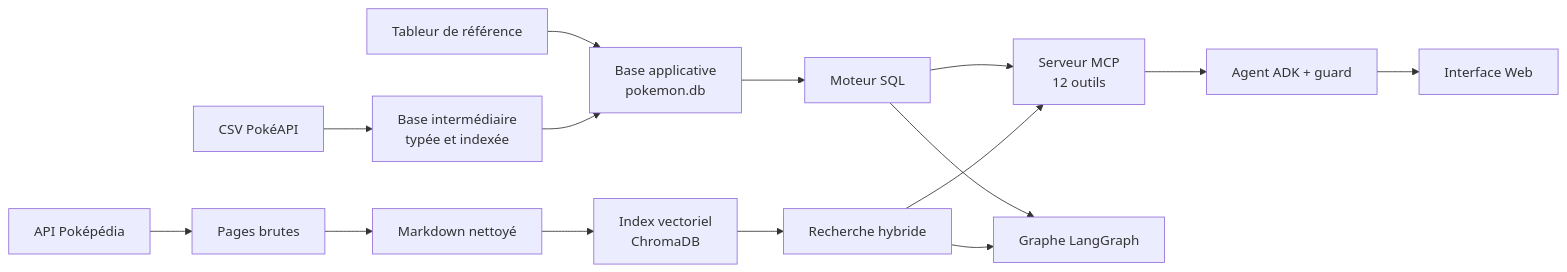
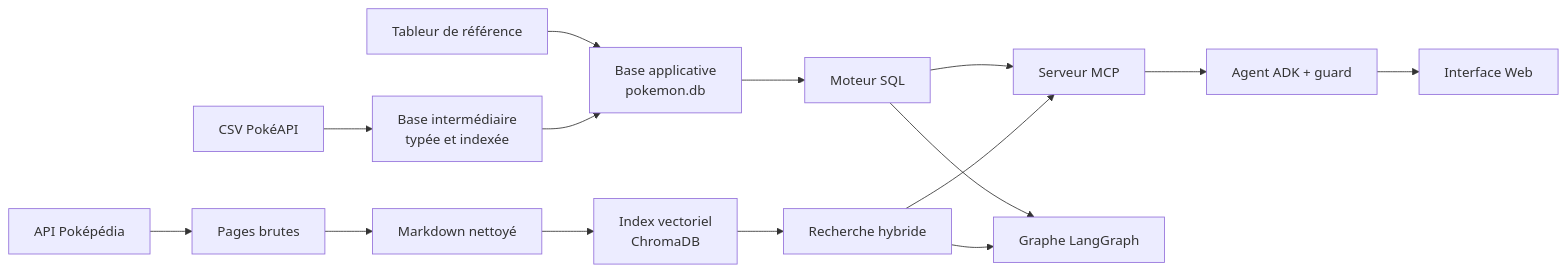
Before and after one commit to C-H-U-B/pokemon-agent: the diagram in README_FR.md, drawn with Mermaid. The commit also changed other lines of this file and 10 other files, not shown here.

````diff
--- a/README_FR.md
+++ b/README_FR.md
@@ -46,17 +56,17 @@
 ```mermaid
 flowchart LR
     A[CSV PokéAPI] --> B[Base intermédiaire<br/>typée et indexée]
     X[Tableur de référence] --> C
     B --> C[Base applicative<br/>pokemon.db]
     P[API Poképédia] --> Q[Pages brutes]
     Q --> R[Markdown nettoyé]
     R --> S[Index vectoriel<br/>ChromaDB]
     C --> E[Moteur SQL]
     S --> F[Recherche hybride]
-    E --> M[Serveur MCP<br/>12 outils]
+    E --> M[Serveur MCP]
     F --> M
     E --> G[Graphe LangGraph]
     F --> G
     M --> H[Agent ADK + guard]
     H --> W[Interface Web]
 ```
````
